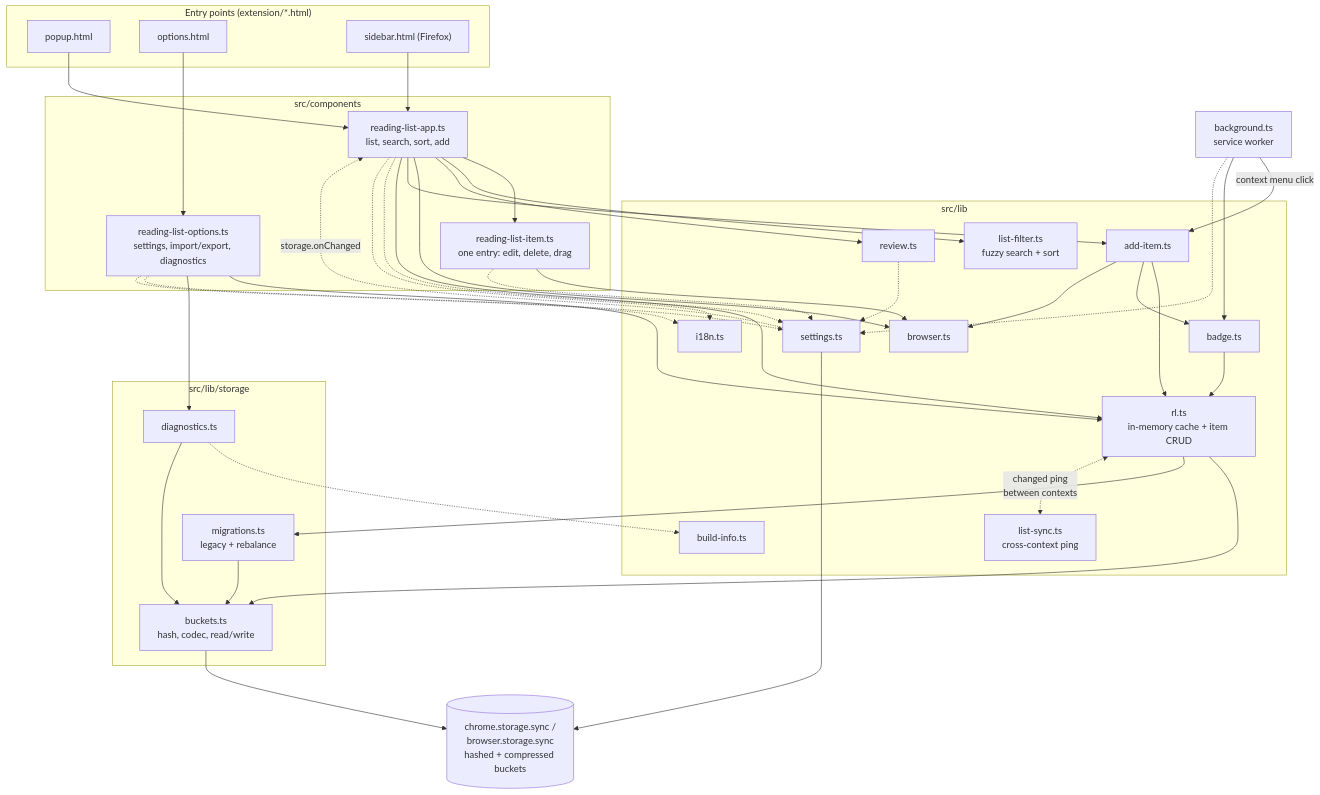
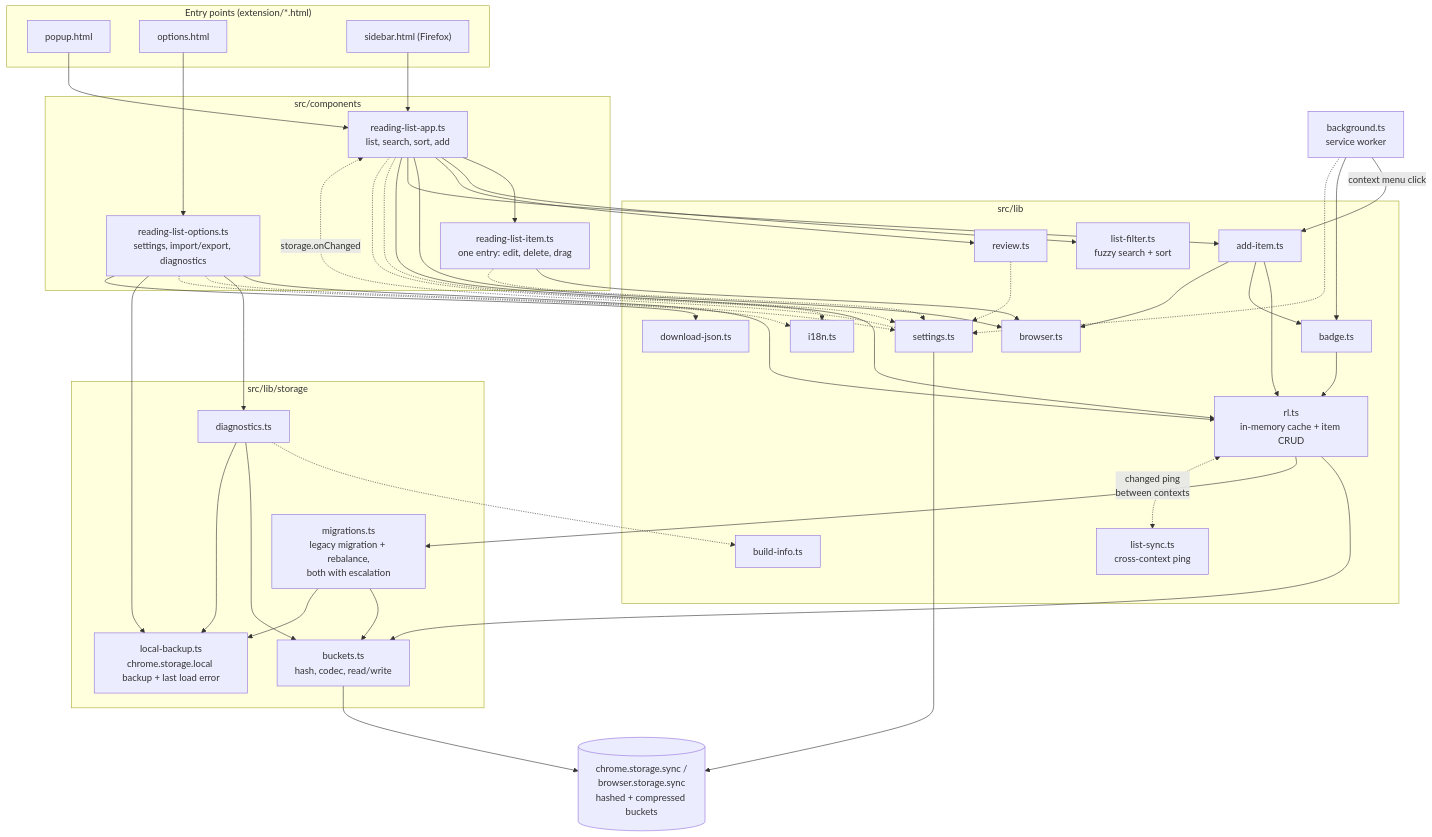
The first of 2 diagrams in AGENTS.md (alexpdraper/reading-list), drawn with Mermaid before and after one commit. The commit also changed other lines of this file, not shown here.

First line of the commit message:
Document the 3.2 migration-failure fix and its test methodology in AGENTS.md

````diff
--- a/AGENTS.md
+++ b/AGENTS.md
@@ -11,76 +11,82 @@
 ```mermaid
 graph TD
     subgraph Entry["Entry points (extension/*.html)"]
         Popup["popup.html"]
         Options["options.html"]
         Sidebar["sidebar.html (Firefox)"]
     end
 
     subgraph Components["src/components"]
         App["reading-list-app.ts<br/>list, search, sort, add"]
         OptComp["reading-list-options.ts<br/>settings, import/export, diagnostics"]
         Item["reading-list-item.ts<br/>one entry: edit, delete, drag"]
     end
 
     subgraph Lib["src/lib"]
         RL["rl.ts<br/>in-memory cache + item CRUD"]
         AddItem["add-item.ts"]
         Settings["settings.ts"]
         ListSync["list-sync.ts<br/>cross-context ping"]
         Filter["list-filter.ts<br/>fuzzy search + sort"]
         Badge["badge.ts"]
         Browser["browser.ts"]
         Review["review.ts"]
         I18n["i18n.ts"]
         BuildInfo["build-info.ts"]
+        DownloadJson["download-json.ts"]
     end
 
     subgraph StorageLib["src/lib/storage"]
         Buckets["buckets.ts<br/>hash, codec, read/write"]
-        Migrations["migrations.ts<br/>legacy + rebalance"]
+        Migrations["migrations.ts<br/>legacy migration + rebalance,<br/>both with escalation"]
         Diagnostics["diagnostics.ts"]
+        LocalBackup["local-backup.ts<br/>chrome.storage.local backup + last load error"]
     end
 
     BG["background.ts<br/>service worker"]
     Storage[("chrome.storage.sync /<br/>browser.storage.sync<br/>hashed + compressed buckets")]
 
     Popup --> App
     Sidebar --> App
     Options --> OptComp
 
     App --> Item
     App --> Filter
     App --> Review
     App --> Browser
     App --> AddItem
     App --> RL
     OptComp --> RL
     OptComp --> Diagnostics
     Item --> Browser
 
     BG -- "context menu click" --> AddItem
     BG --> Badge
     AddItem --> RL
     AddItem --> Badge
     AddItem --> Browser
     Badge --> RL
 
     App -.-> Settings
     OptComp -.-> Settings
     Item -.-> Settings
     Review -.-> Settings
     BG -.-> Settings
     App -.-> I18n
     OptComp -.-> I18n
     Diagnostics -.-> BuildInfo
 
     RL --> Buckets
     RL --> Migrations
     Migrations --> Buckets
+    Migrations --> LocalBackup
     Diagnostics --> Buckets
+    Diagnostics --> LocalBackup
+    OptComp --> LocalBackup
+    OptComp --> DownloadJson
     Buckets --> Storage
     Settings --> Storage
 
     RL <-. "changed ping<br/>between contexts" .-> ListSync
     Settings -. "storage.onChanged" .-> App
 ```
````
